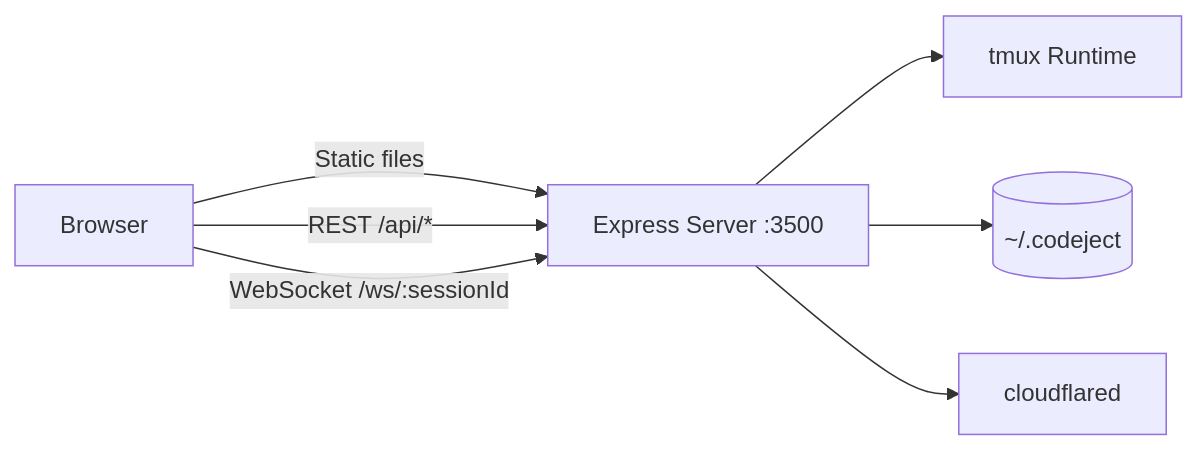
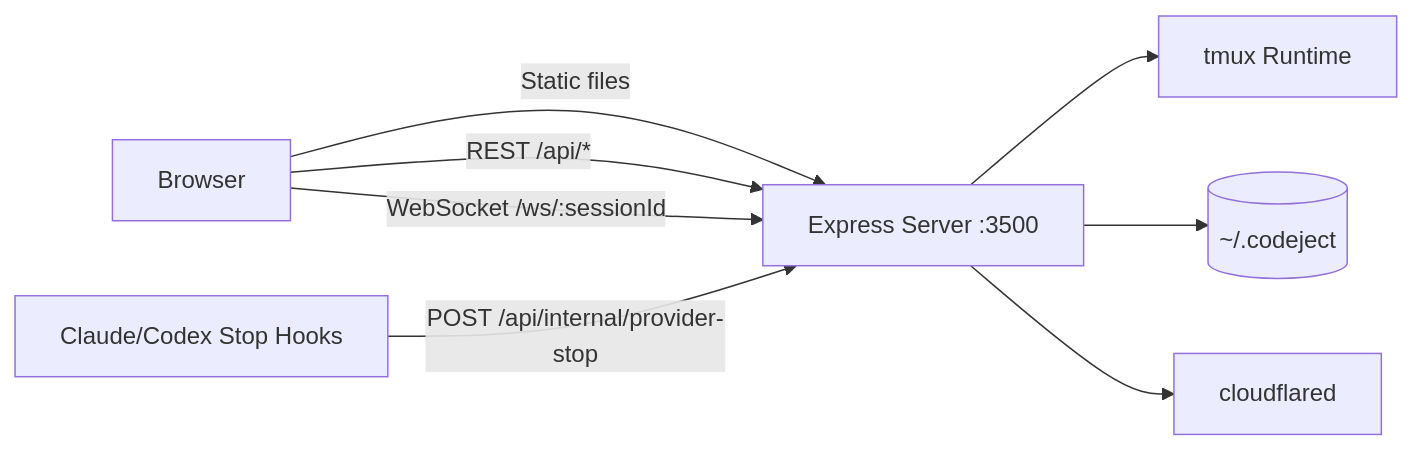
One commit to bruksama/codeject changed the first of 4 diagrams in docs/architecture.md. Above: the diagram before and after it, drawn with Mermaid. The commit also changed other lines of this file and 10 other files, not shown here.

````diff
--- a/docs/architecture.md
+++ b/docs/architecture.md
@@ -7,9 +7,10 @@
 ```mermaid
 flowchart LR
   B[Browser] -->|Static files| E[Express Server :3500]
   B -->|REST /api/*| E
   B -->|WebSocket /ws/:sessionId| E
+  H[Claude/Codex Stop Hooks] -->|POST /api/internal/provider-stop| E
   E --> T[tmux Runtime]
   E --> F[(~/.codeject)]
   E --> C[cloudflared]
 ```
````
